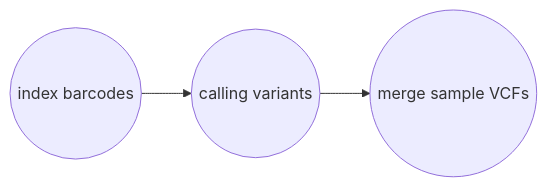
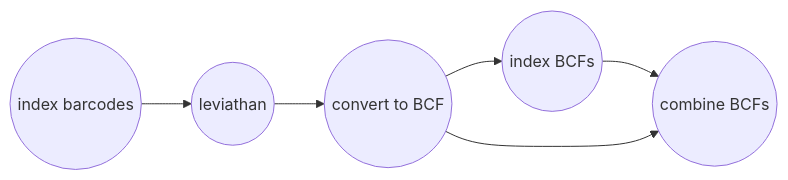
The second of 2 diagrams in docs/variantcalling.md (pdimens/harpy), drawn with Mermaid before and after one commit. The commit also changed other lines of this file and 1 other file, not shown here.

````diff
--- a/docs/variantcalling.md
+++ b/docs/variantcalling.md
@@ -26,6 +53,8 @@
 ```mermaid
 graph LR
-    A((index barcodes)) --> B((calling variants))
-    B-->C((merge sample VCFs))
-
+    A((index barcodes)) --> B((leviathan))
+    B-->C((convert to BCF))
+    C-->D((index BCFs))
+    D-->E((combine BCFs))
+    C-->E
 ```
````
